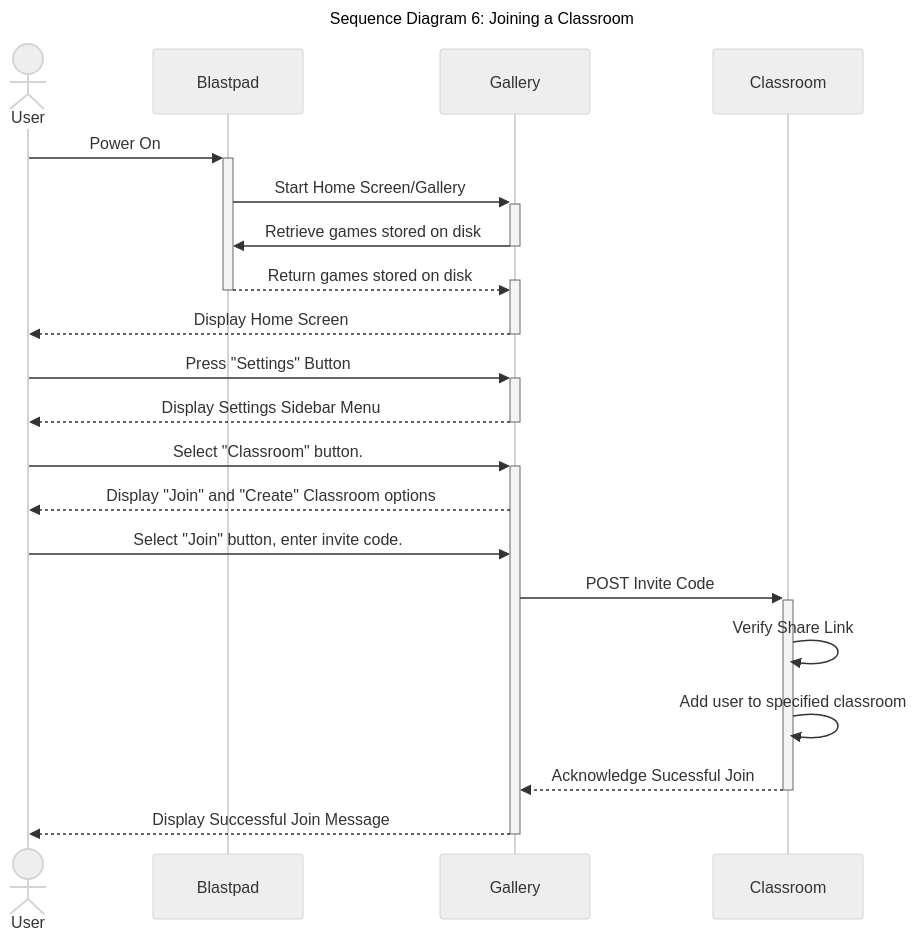
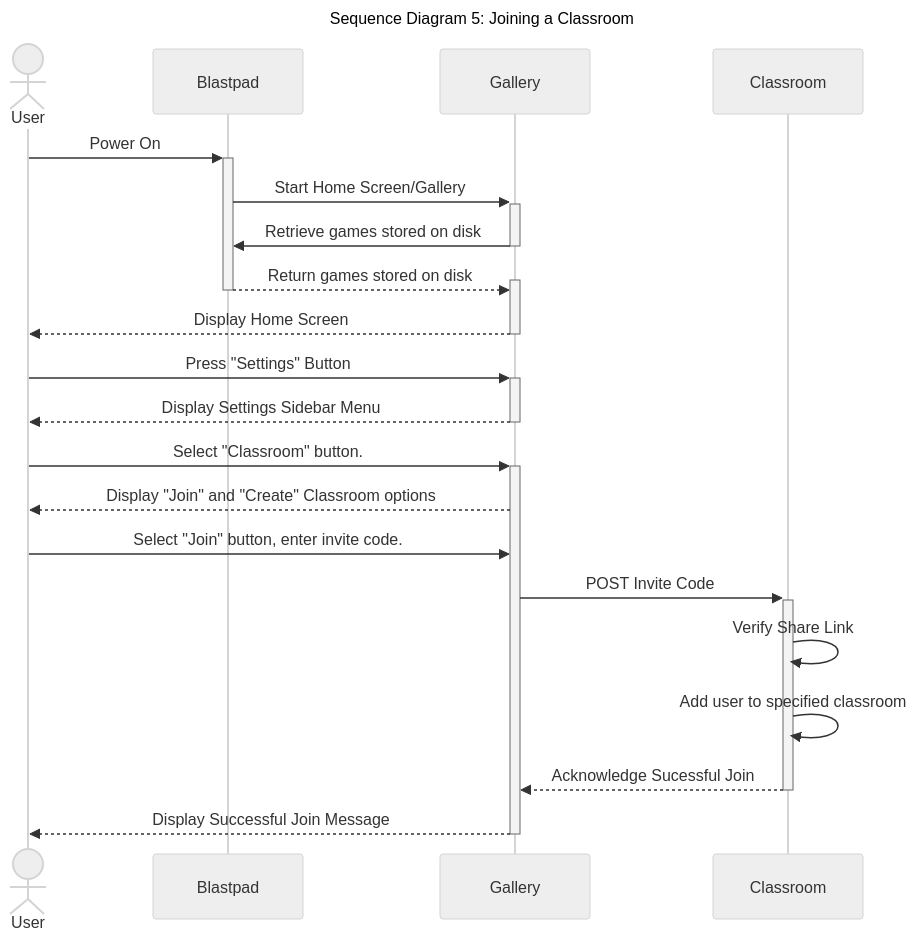
One commit to Capstone-Projects-2024-Spring/project-blastpad changed the fifth of 10 diagrams in documentation/docs/system-architecture/sequence-diagrams.md. Above: the diagram before and after it, drawn with Mermaid (neutral theme). The commit also changed other lines of this file, not shown here.

````diff
--- a/documentation/docs/system-architecture/sequence-diagrams.md
+++ b/documentation/docs/system-architecture/sequence-diagrams.md
@@ -171,27 +171,27 @@
 ```mermaid
 ---
-title: "Sequence Diagram 6: Joining a Classroom"
+title: "Sequence Diagram 5: Joining a Classroom"
 ---
 sequenceDiagram
 actor User
 User->>+Blastpad: Power On
 Blastpad->>+Gallery: Start Home Screen/Gallery
 Gallery->>-Blastpad: Retrieve games stored on disk
 Blastpad-->>+Gallery: Return games stored on disk
 deactivate Blastpad	
 Gallery-->>-User: Display Home Screen
 
 
 User->>+Gallery: Press "Settings" Button
 Gallery-->>-User: Display Settings Sidebar Menu
 User->>+Gallery: Select "Classroom" button.
 Gallery-->>User: Display "Join" and "Create" Classroom options
 User->>Gallery: Select "Join" button, enter invite code.
 
 Gallery->>+Classroom: POST Invite Code
 Classroom->>Classroom: Verify Share Link
 Classroom->>Classroom: Add user to specified classroom
 Classroom-->>-Gallery: Acknowledge Sucessful Join
 Gallery-->>-User: Display Successful Join Message
 
 ```
````
